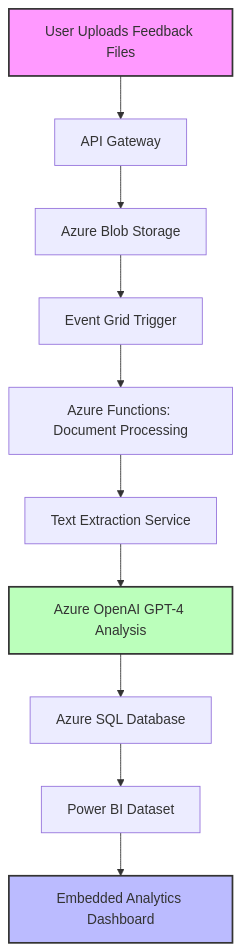
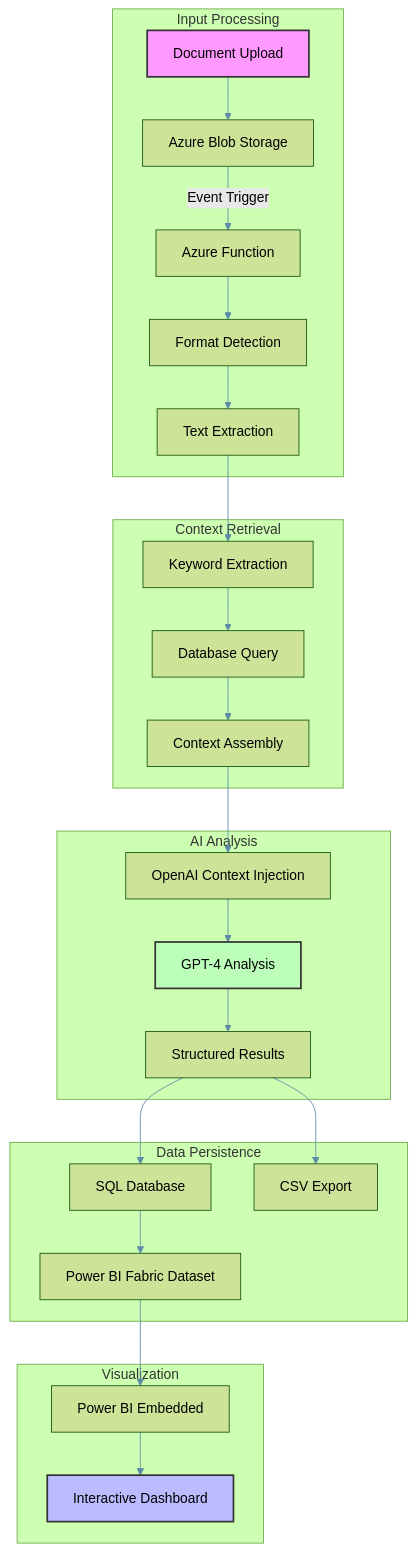
One commit to victorbash400/AnalitiqProject changed the diagram in README.md. Above: the diagram before and after it, drawn with Mermaid. The commit also changed other lines of this file, not shown here.

````diff
--- a/README.md
+++ b/README.md
@@ -89,16 +44,37 @@
 ```mermaid
+%%{init: {'theme': 'forest', 'themeVariables': { 'primaryColor': '#5D8AA8', 'primaryTextColor': '#fff', 'primaryBorderColor': '#5D8AA8', 'lineColor': '#5D8AA8', 'secondaryColor': '#006400', 'tertiaryColor': '#FFD700' }}}%%
 graph TD
-    A[User Uploads Feedback Files] --> B[API Gateway]
-    B --> C[Azure Blob Storage]
-    C --> D[Event Grid Trigger]
-    D --> E[Azure Functions: Document Processing]
-    E --> F[Text Extraction Service]
-    F --> G[Azure OpenAI GPT-4 Analysis]
-    G --> H[Azure SQL Database]
-    H --> I[Power BI Dataset]
-    I --> J[Embedded Analytics Dashboard]
+    subgraph "Input Processing" 
+        A[Document Upload] --> B[Azure Blob Storage]
+        B -- Event Trigger --> C[Azure Function]
+        C --> D[Format Detection]
+        D --> E[Text Extraction]
+    end
+    
+    subgraph "Context Retrieval"
+        E --> F[Keyword Extraction]
+        F --> G[Database Query]
+        G --> H[Context Assembly]
+    end
+    
+    subgraph "AI Analysis"
+        H --> I[OpenAI Context Injection]
+        I --> J[GPT-4 Analysis]
+        J --> K[Structured Results]
+    end
+    
+    subgraph "Data Persistence"
+        K --> L[SQL Database]
+        K --> M[CSV Export]
+        L --> N[Power BI Fabric Dataset]
+    end
+    
+    subgraph "Visualization"
+        N --> O[Power BI Embedded]
+        O --> P[Interactive Dashboard]
+    end
     
     style A fill:#f9f,stroke:#333,stroke-width:2px
-    style G fill:#bfb,stroke:#333,stroke-width:2px
-    style J fill:#bbf,stroke:#333,stroke-width:2px
+    style J fill:#bfb,stroke:#333,stroke-width:2px
+    style P fill:#bbf,stroke:#333,stroke-width:2px
 ```
````
